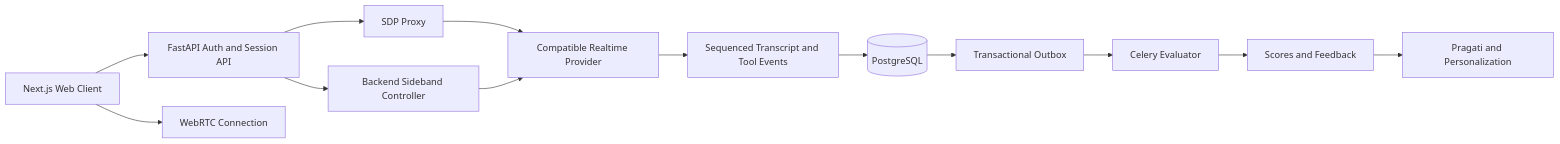
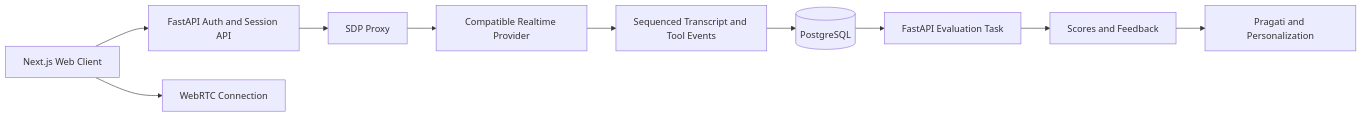
The second of 3 diagrams in docs/research/deep-research-report.md (chintan-27/VishwaVaani), drawn with Mermaid before and after one commit. The commit also changed other lines of this file and 50 other files, not shown here.

````diff
--- a/docs/research/deep-research-report.md
+++ b/docs/research/deep-research-report.md
@@ -384,15 +385,12 @@
 ```mermaid
 flowchart LR
     A[Next.js Web Client] --> B[FastAPI Auth and Session API]
     A --> C[WebRTC Connection]
     B --> D[SDP Proxy]
     D --> E[Compatible Realtime Provider]
-    B --> F[Backend Sideband Controller]
-    F --> E
     E --> G[Sequenced Transcript and Tool Events]
     G --> H[(PostgreSQL)]
-    H --> I[Transactional Outbox]
-    I --> J[Celery Evaluator]
-    J --> K[Scores and Feedback]
-    K --> L[Pragati and Personalization]
+    H --> I[FastAPI Evaluation Task]
+    I --> J[Scores and Feedback]
+    J --> K[Pragati and Personalization]
 ```
````
